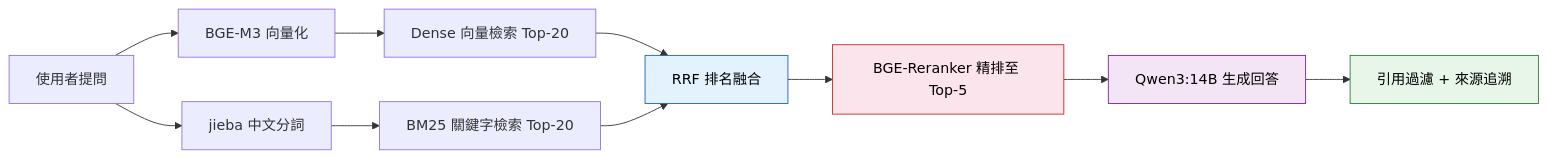
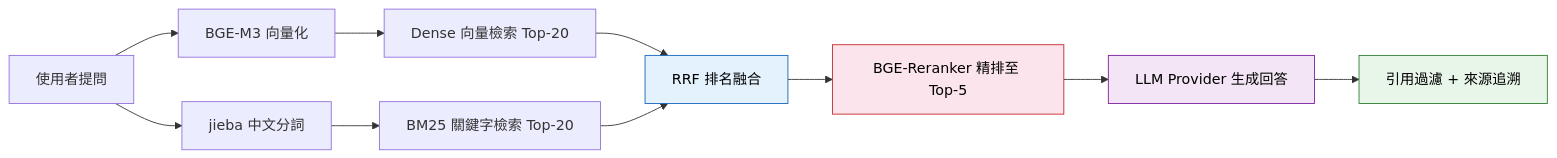
One commit to victorhi2005-lang/VoiceRAG changed the second of 3 diagrams in README.md. Above: the diagram before and after it, drawn with Mermaid. The commit also changed other lines of this file, not shown here.

````diff
--- a/README.md
+++ b/README.md
@@ -71,17 +91,17 @@
 ```mermaid
 flowchart LR
     A["使用者提問"] --> B["BGE-M3 向量化"]
     B --> C["Dense 向量檢索 Top-20"]
     A --> D["jieba 中文分詞"]
     D --> E["BM25 關鍵字檢索 Top-20"]
     C --> F["RRF 排名融合"]
     E --> F
     F --> G["BGE-Reranker 精排至 Top-5"]
-    G --> H["Qwen3:14B 生成回答"]
+    G --> H["LLM Provider 生成回答"]
     H --> I["引用過濾 + 來源追溯"]
 
     style F fill:#E3F2FD,stroke:#1565C0,color:#000
     style G fill:#FCE4EC,stroke:#C62828,color:#000
     style H fill:#F3E5F5,stroke:#7B1FA2,color:#000
     style I fill:#E8F5E9,stroke:#2E7D32,color:#000
 ```
````
